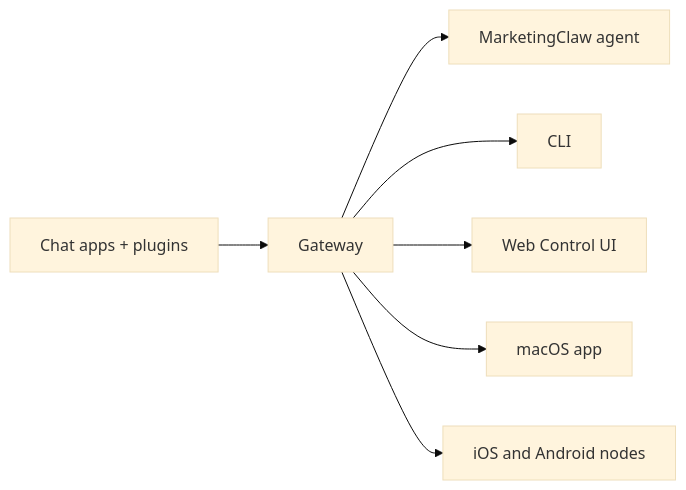
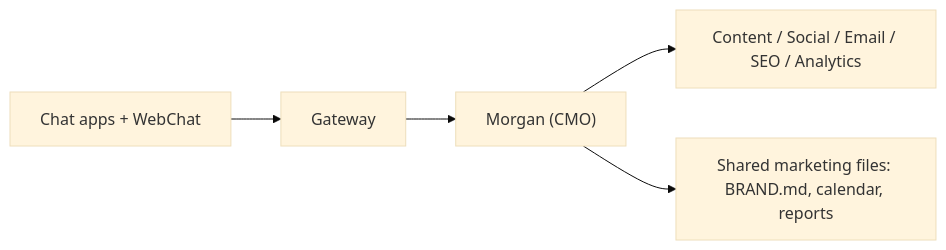
One commit to promisingcoder/marketingclaw changed the diagram in docs/index.md. Above: the diagram before and after it, drawn with Mermaid (base theme). The commit also changed other lines of this file and 5 other files, not shown here.

First line of the commit message:
docs: rewrite site docs for MarketingClaw (phase 3)

````diff
--- a/docs/index.md
+++ b/docs/index.md
@@ -61,9 +54,7 @@
 ```mermaid
 flowchart LR
-  A["Chat apps + plugins"] --> B["Gateway"]
-  B --> C["MarketingClaw agent"]
-  B --> D["CLI"]
-  B --> E["Web Control UI"]
-  B --> F["macOS app"]
-  B --> G["iOS and Android nodes"]
+  A["Chat apps + WebChat"] --> B["Gateway"]
+  B --> C["Morgan (CMO)"]
+  C --> D["Content / Social / Email / SEO / Analytics"]
+  C --> E["Shared marketing files: BRAND.md, calendar, reports"]
 ```
````
